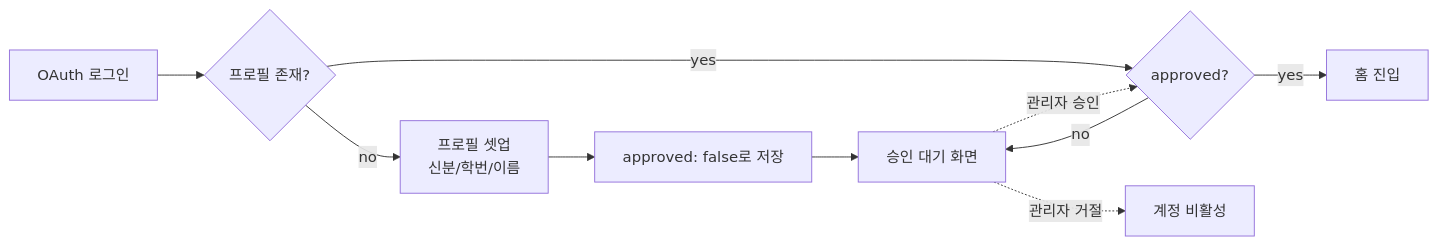
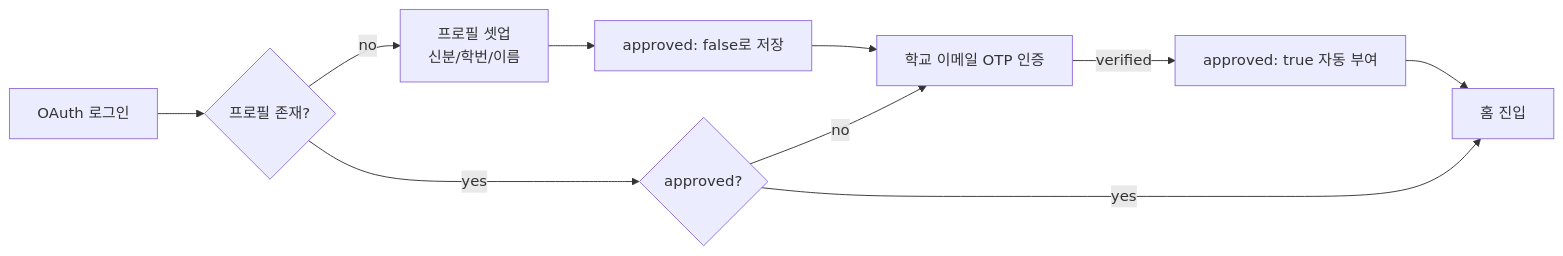
The second of 3 diagrams in docs/guides/account-and-access.md (Monkshark/hansol_hs_flutter_app), drawn with Mermaid before and after one commit. The commit also changed other lines of this file and 5 other files, not shown here.

First line of the commit message:
feat: 학교 이메일 OTP 통과 시 approved 자동 부여

````diff
--- a/docs/guides/account-and-access.md
+++ b/docs/guides/account-and-access.md
@@ -71,12 +71,12 @@
 ```mermaid
 graph LR
     A[OAuth 로그인] --> B{프로필 존재?}
     B -->|no| C[프로필 셋업<br/>신분/학번/이름]
     B -->|yes| D{approved?}
     C --> E[approved: false로 저장]
-    E --> F[승인 대기 화면]
-    D -->|yes| G[홈 진입]
+    E --> F[학교 이메일 OTP 인증]
+    F -->|verified| G[approved: true 자동 부여]
+    G --> H[홈 진입]
+    D -->|yes| H
     D -->|no| F
-    F -.->|관리자 승인| D
-    F -.->|관리자 거절| H[계정 비활성]
 ```
````
